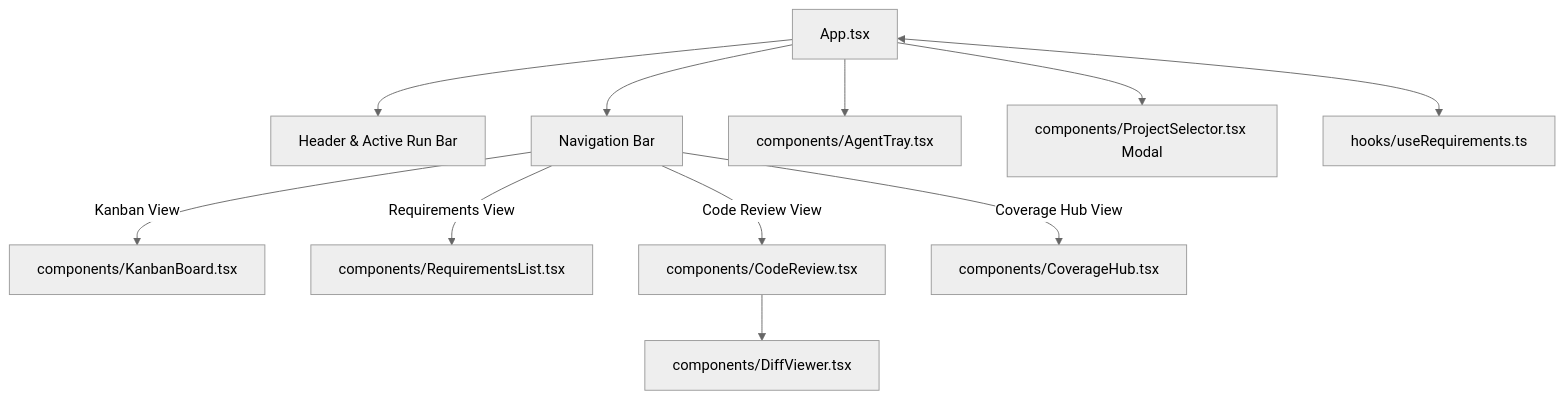
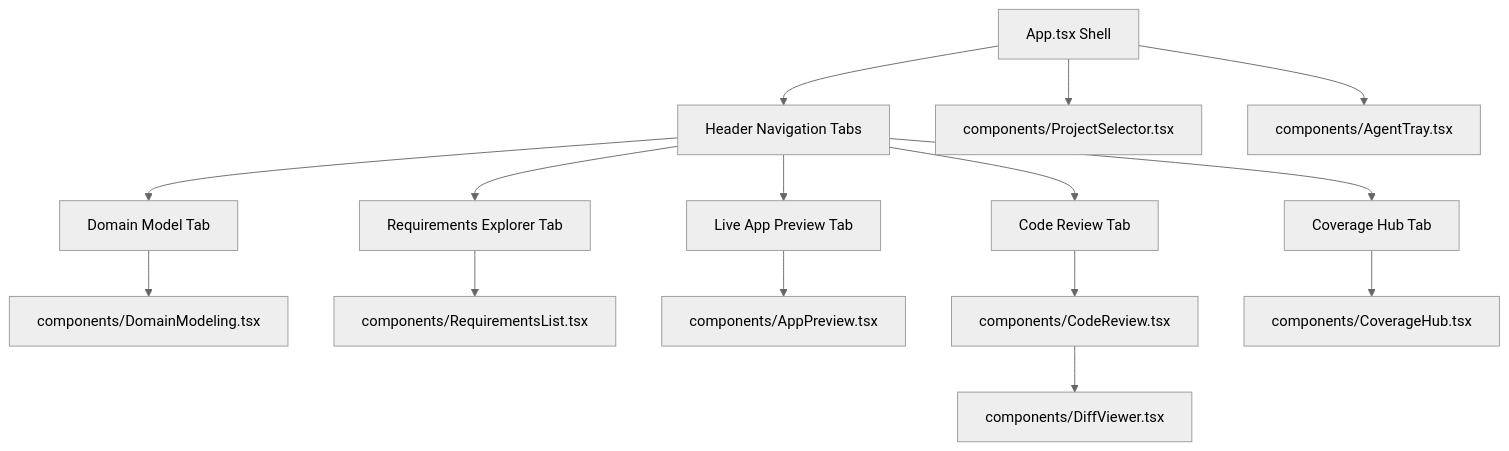
One commit to AlbinAhlstrom/provable changed the diagram in vault/01-Architecture/Frontend Components.md. Above: the diagram before and after it, drawn with Mermaid (neutral theme). The commit also changed other lines of this file and 57 other files, not shown here.

Commit message:
feat: complete cosmic python architecture, dynamic domain generator, and pm studio handover

````diff
--- a/vault/01-Architecture/Frontend Components.md
+++ b/vault/01-Architecture/Frontend Components.md
@@ -5,15 +9,19 @@
 ```mermaid
 graph TD
-    App[App.tsx] --> Header[Header & Active Run Bar]
-    App --> TabNav[Navigation Bar]
-    TabNav -->|Kanban View| KanbanBoard[components/KanbanBoard.tsx]
-    TabNav -->|Requirements View| RequirementsList[components/RequirementsList.tsx]
-    TabNav -->|Code Review View| CodeReview[components/CodeReview.tsx]
-    TabNav -->|Coverage Hub View| CoverageHub[components/CoverageHub.tsx]
-    
-    App --> AgentTray[components/AgentTray.tsx]
-    App --> ProjectSelector[components/ProjectSelector.tsx Modal]
-    CodeReview --> DiffViewer[components/DiffViewer.tsx]
-    
-    App <--> useRequirements[hooks/useRequirements.ts]
+    App["App.tsx Shell"] --> Header["Header Navigation Tabs"]
+    Header --> DomainTab["Domain Model Tab"]
+    Header --> ReqTab["Requirements Explorer Tab"]
+    Header --> LiveAppTab["Live App Preview Tab"]
+    Header --> ReviewTab["Code Review Tab"]
+    Header --> CoverageTab["Coverage Hub Tab"]
+
+    DomainTab --> DomainModeling["components/DomainModeling.tsx"]
+    ReqTab --> RequirementsList["components/RequirementsList.tsx"]
+    LiveAppTab --> AppPreview["components/AppPreview.tsx"]
+    ReviewTab --> CodeReview["components/CodeReview.tsx"]
+    CoverageTab --> CoverageHub["components/CoverageHub.tsx"]
+
+    App --> ProjectSelector["components/ProjectSelector.tsx"]
+    App --> AgentTray["components/AgentTray.tsx"]
+    CodeReview --> DiffViewer["components/DiffViewer.tsx"]
 ```
````
